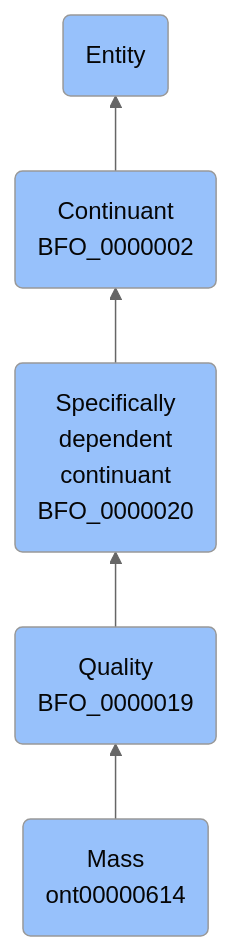
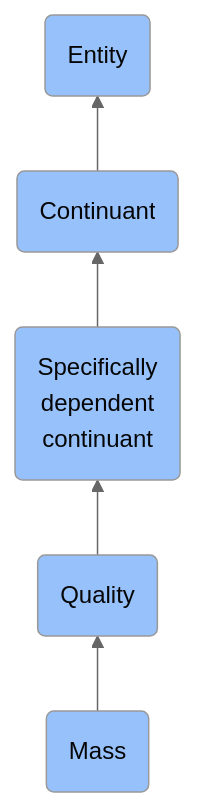
Before and after one commit to jupyter-naas/abi: the diagram in docs/ontology/reference/model/Entity/Continuant/Specifically dependent continuant/Quality/Mass/Mass.md, drawn with Mermaid (neutral theme). The commit also changed other lines of this file and 1430 other files, not shown here.

````diff
--- a/docs/ontology/reference/model/Entity/Continuant/Specifically dependent continuant/Quality/Mass/Mass.md
+++ b/docs/ontology/reference/model/Entity/Continuant/Specifically dependent continuant/Quality/Mass/Mass.md
@@ -24,12 +24,12 @@
 ```mermaid
 graph BT
-    ont00000614(Mass<br>ont00000614):::BFO-->BFO_0000019
-    BFO_0000019(Quality<br>BFO_0000019):::BFO-->BFO_0000020
-    BFO_0000020(Specifically<br>dependent<br>continuant<br>BFO_0000020):::BFO-->BFO_0000002
-    BFO_0000002(Continuant<br>BFO_0000002):::BFO-->BFO_0000001
+    ont00000614(Mass):::BFO-->BFO_0000019
+    BFO_0000019(Quality):::BFO-->BFO_0000020
+    BFO_0000020(Specifically<br>dependent<br>continuant):::BFO-->BFO_0000002
+    BFO_0000002(Continuant):::BFO-->BFO_0000001
     BFO_0000001(Entity):::BFO
     
     classDef BFO fill:#97c1fb,color:#060606
     classDef CCO fill:#e4c51e,color:#060606
     classDef ABI fill:#48DD82,color:#060606
 ```
````
